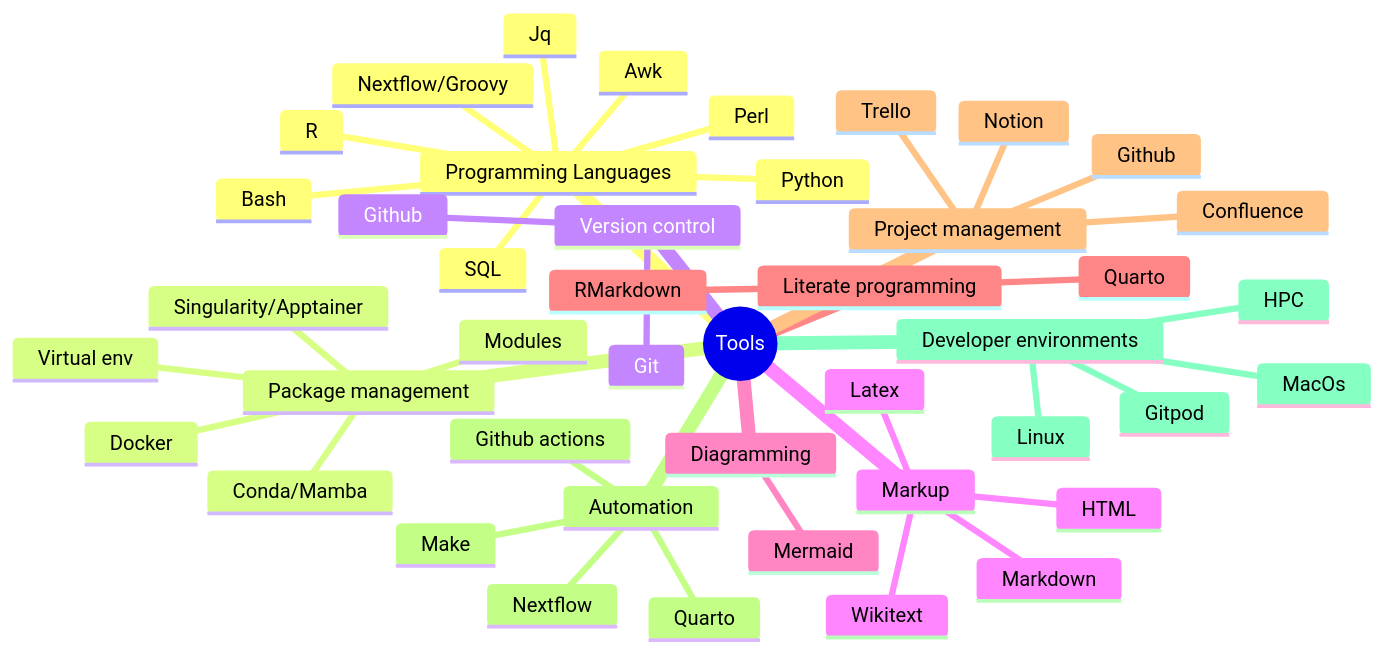
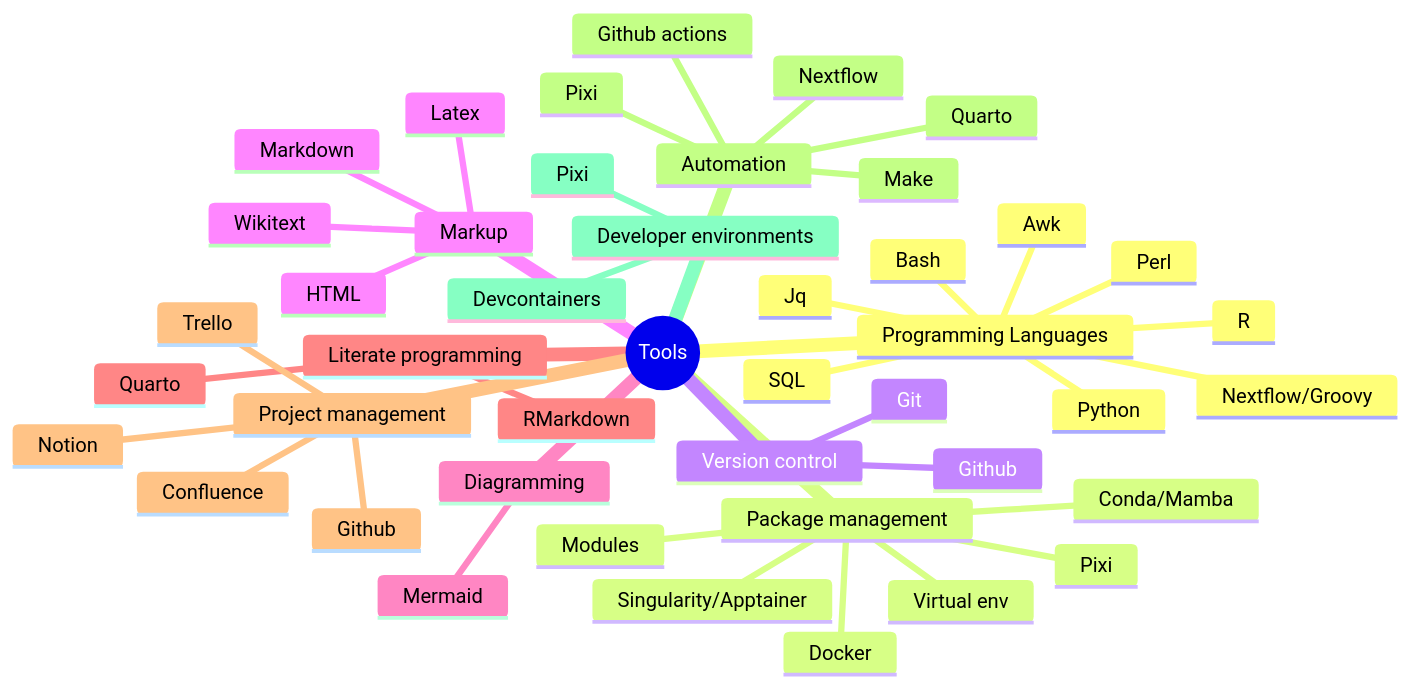
The diagram in README.md (mahesh-panchal/mahesh-panchal), drawn with Mermaid before and after one commit. The commit also changed other lines of this file, not shown here.

````diff
--- a/README.md
+++ b/README.md
@@ -91,47 +91,47 @@
 ```mermaid
 mindmap
   root((Tools))
     Programming Languages
       Bash
       Awk
       Nextflow/Groovy
       R
       Perl
       SQL
       Jq
       Python
     Package management
       Conda/Mamba
       Docker
       Singularity/Apptainer
       Virtual env
       Modules
+      Pixi
     Version control
       Git
       Github
     Markup
       Markdown
       Latex
       Wikitext
       HTML
     Diagramming
       Mermaid
     Literate programming
       Quarto
       RMarkdown
     Project management
       Github
       Trello
       Confluence
       Notion
     Automation
       Github actions
       Make
       Nextflow
       Quarto
+      Pixi
     Developer environments
-      MacOs
-      Linux
-      Gitpod
-      HPC
+      Devcontainers
+      Pixi
 ```
````
